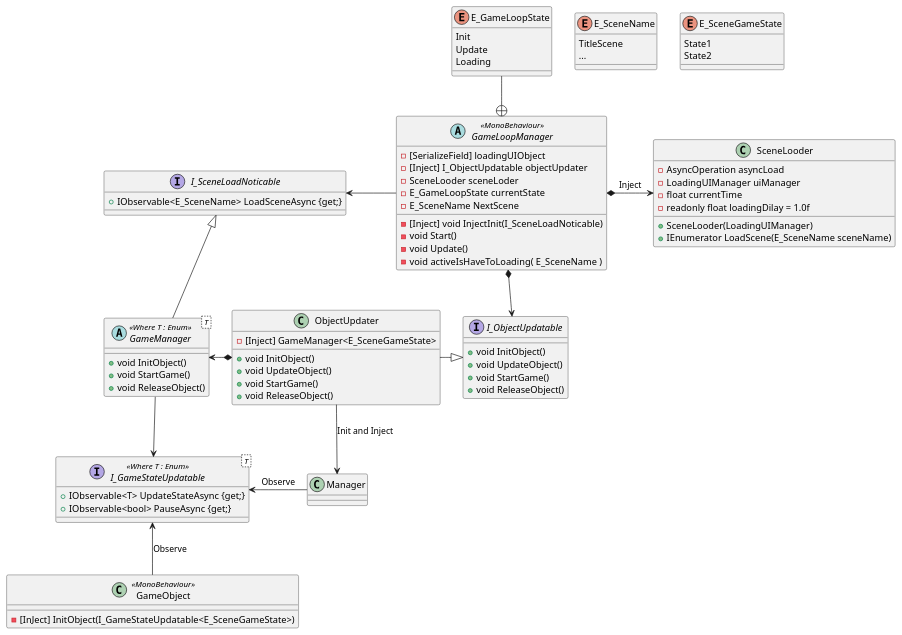
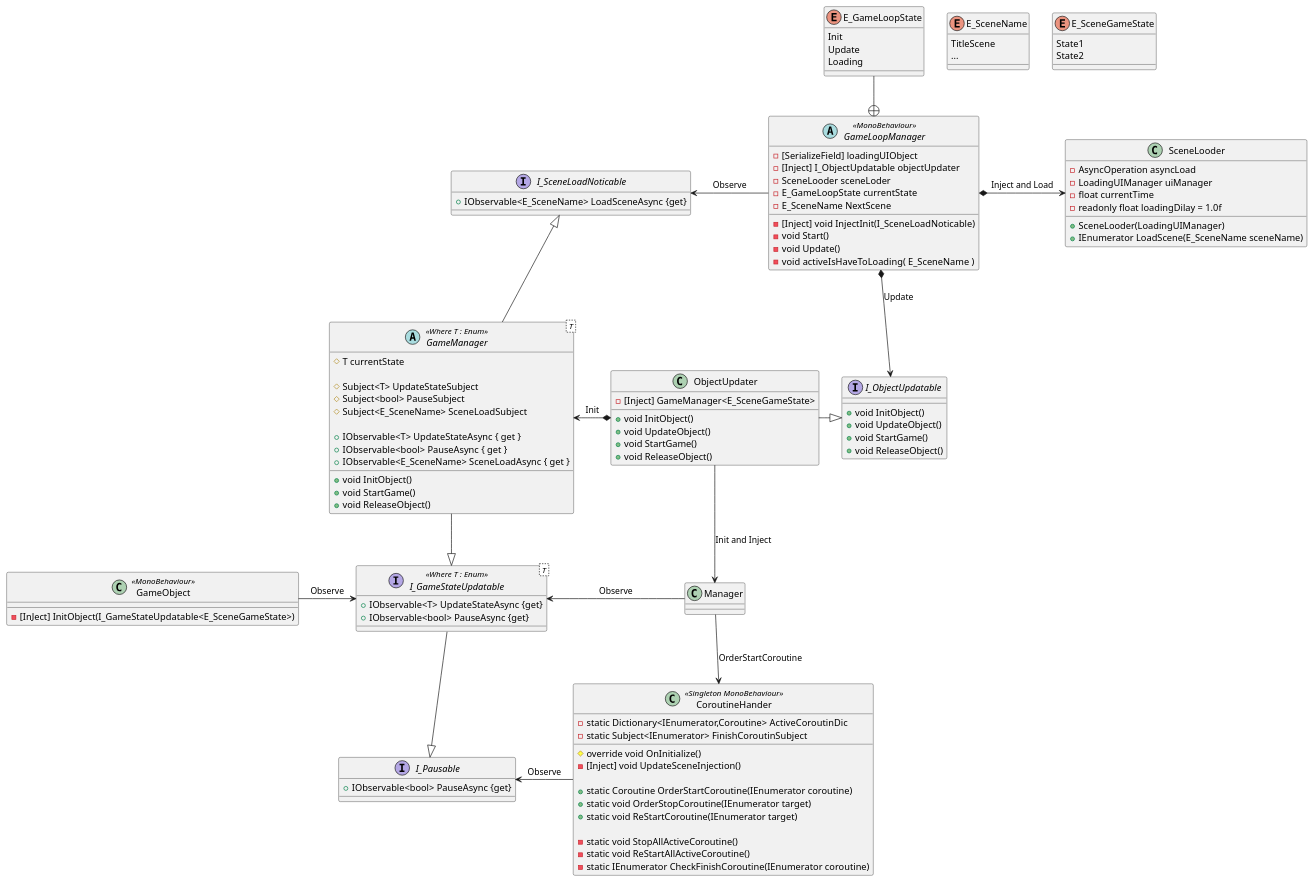
Before and after one commit to tezumozu/GameAsetsDev: the diagram in Unity/Unity1weekAsets/Assets/Script/GameSystems/ver3.0.0/UML/class.pu, drawn with PlantUML. The commit also changed 38 other files, not shown here.

Commit message:
add CoroutineHander

```diff
--- a/Unity/Unity1weekAsets/Assets/Script/GameSystems/ver3.0.0/UML/class.pu
+++ b/Unity/Unity1weekAsets/Assets/Script/GameSystems/ver3.0.0/UML/class.pu
@@ -1,97 +1,132 @@
 @startuml class
 
     abstract class GameLoopManager <<MonoBehaviour>>{
         - [SerializeField] loadingUIObject
         - [Inject] I_ObjectUpdatable objectUpdater
         - SceneLooder sceneLoder
         - E_GameLoopState currentState
         - E_SceneName NextScene
 
         - [Inject] void InjectInit(I_SceneLoadNoticable)
         - void Start()
         - void Update()
         - void activeIsHaveToLoading( E_SceneName )
 
     }
 
     enum E_GameLoopState{
         Init
         Update
         Loading
     }
 
     enum E_SceneName{
         TitleScene
         ...
     }
 
     enum E_SceneGameState{
         State1
         State2
     }
 
     abstract class GameManager< T > <<Where T : Enum>>{
+
+        # T currentState
+
+        # Subject<T> UpdateStateSubject
+        # Subject<bool> PauseSubject
+        # Subject<E_SceneName> SceneLoadSubject
+
+        + IObservable<T> UpdateStateAsync { get }
+        + IObservable<bool> PauseAsync { get }
+        + IObservable<E_SceneName> SceneLoadAsync { get } 
+
         + void InitObject()
         + void StartGame()
         + void ReleaseObject()
     }
 
     interface I_GameStateUpdatable< T > <<Where T : Enum>>{
-        + IObservable<T> UpdateStateAsync {get;}
-        + IObservable<bool> PauseAsync {get;}
+        + IObservable<T> UpdateStateAsync {get}
+        + IObservable<bool> PauseAsync {get}
+    }
+
+    interface I_Pausable{
+        + IObservable<bool> PauseAsync {get}
     }
 
     interface I_SceneLoadNoticable{
-        + IObservable<E_SceneName> LoadSceneAsync {get;}
+        + IObservable<E_SceneName> LoadSceneAsync {get}
     }
 
     interface I_ObjectUpdatable{
         + void InitObject()
         + void UpdateObject()
         + void StartGame()
         + void ReleaseObject()
     }
 
     class ObjectUpdater {
         -[Inject] GameManager<E_SceneGameState>
         + void InitObject()
         + void UpdateObject()
         + void StartGame()
         + void ReleaseObject()
     }
 
     class Manager
     class GameObject <<MonoBehaviour>> {
         - [InJect] InitObject(I_GameStateUpdatable<E_SceneGameState>)
     }
 
 
     class SceneLooder{
         - AsyncOperation asyncLoad
         - LoadingUIManager uiManager
         - float currentTime
         - readonly float loadingDilay = 1.0f
 
         + SceneLooder(LoadingUIManager)
         + IEnumerator LoadScene(E_SceneName sceneName)
     }
 
+    class CoroutineHander<< Singleton MonoBehaviour >>{
+        - static Dictionary<IEnumerator,Coroutine> ActiveCoroutinDic
+        - static Subject<IEnumerator> FinishCoroutinSubject
 
-    GameLoopManager *--> I_ObjectUpdatable
-    GameLoopManager -left-> I_SceneLoadNoticable
-    GameLoopManager *-right-> SceneLooder : Inject
+        # override void OnInitialize()
+        - [Inject] void UpdateSceneInjection()
+
+        + static Coroutine OrderStartCoroutine(IEnumerator coroutine)
+        + static void OrderStopCoroutine(IEnumerator target)
+        + static void ReStartCoroutine(IEnumerator target)
+
+        - static void StopAllActiveCoroutine()
+        - static void ReStartAllActiveCoroutine()
+        - static IEnumerator CheckFinishCoroutine(IEnumerator coroutine)
+    }
+
+
+    GameLoopManager *--> I_ObjectUpdatable : Update
+    GameLoopManager -left-> I_SceneLoadNoticable : Observe
+    GameLoopManager *-right-> SceneLooder : Inject and Load
 
     GameManager -up-|> I_SceneLoadNoticable
-    GameManager --> I_GameStateUpdatable
+    GameManager --|> I_GameStateUpdatable 
 
     ObjectUpdater -right-|> I_ObjectUpdatable
-    ObjectUpdater *-left-> GameManager
+    ObjectUpdater *-left-> GameManager : Init
     ObjectUpdater --> Manager :Init and Inject 
 
+    I_Pausable <|-up- I_GameStateUpdatable
+    CoroutineHander -left-> I_Pausable : Observe
+
     Manager -left-> I_GameStateUpdatable : Observe
-    GameObject -up-> I_GameStateUpdatable : Observe
+    Manager --> CoroutineHander : OrderStartCoroutine
+    GameObject -right-> I_GameStateUpdatable : Observe
 
     E_GameLoopState --+ GameLoopManager
 
 
 @enduml
```
